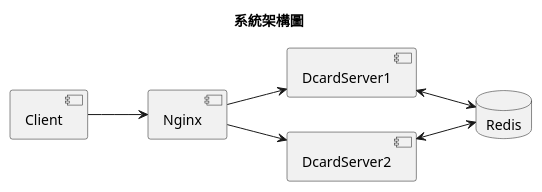
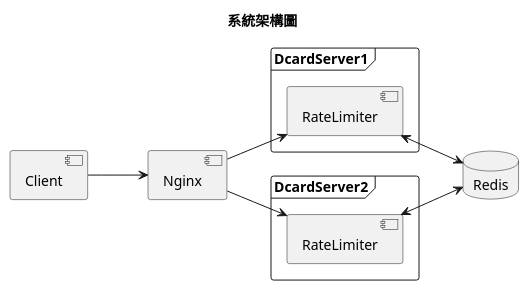
One commit to vx416/dcard-hw changed the diagram in doc/system_arch.puml. Above: the diagram before and after it, drawn with PlantUML. The commit also changed 1 other file, not shown here.

Commit message:
update system arch diagram

```diff
--- a/doc/system_arch.puml
+++ b/doc/system_arch.puml
@@ -1,22 +1,27 @@
 @startuml
 title 系統架構圖
 left to right direction
 
 
 [Client] as ClientComp
 
 [Nginx] as ProxyComp
 
-[DcardServer1] as Server1Comp
-[DcardServer2] as Server2Comp
+frame "DcardServer1" as Server1Comp {
+  [RateLimiter] as RateLimiter1
+}
+
+frame "DcardServer2" as Server2Comp {
+  [RateLimiter] as RateLimiter2
+}
 
 database "Redis" as Cache {
 
 }
 
 ClientComp --> ProxyComp
-ProxyComp --> Server1Comp
-ProxyComp --> Server2Comp
-Server1Comp <--> Cache
-Server2Comp <--> Cache
+ProxyComp --> RateLimiter1
+ProxyComp --> RateLimiter2
+RateLimiter1 <--> Cache
+RateLimiter2 <--> Cache
 @enduml
```
